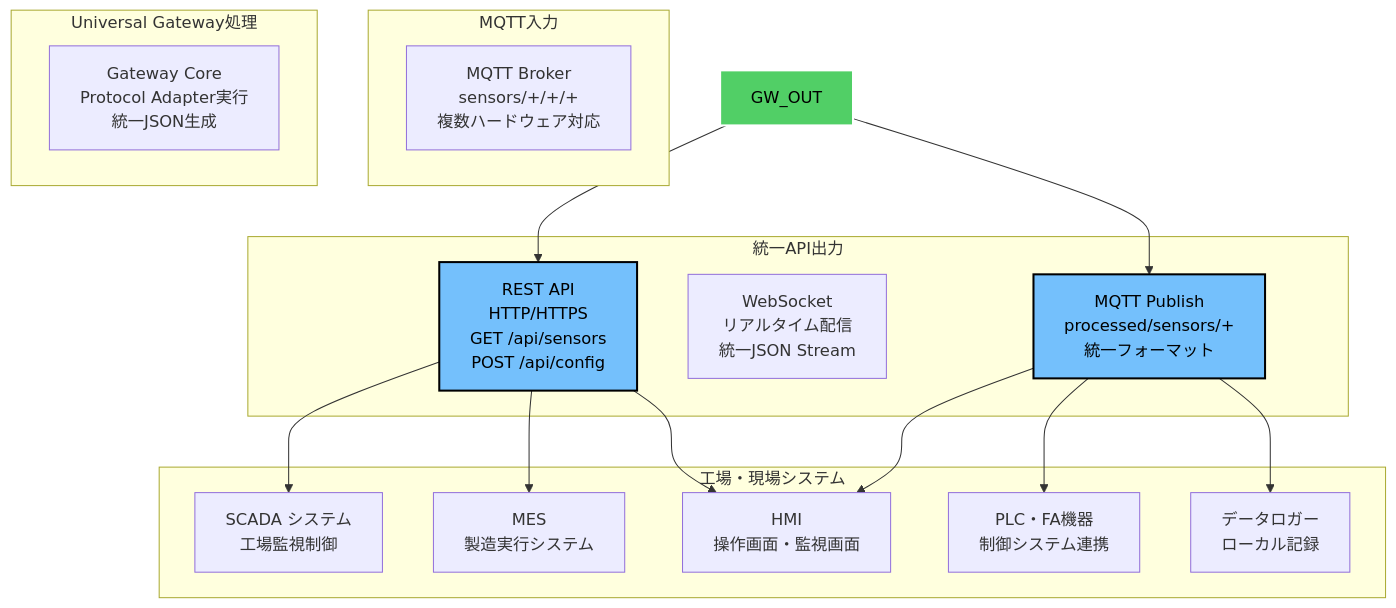
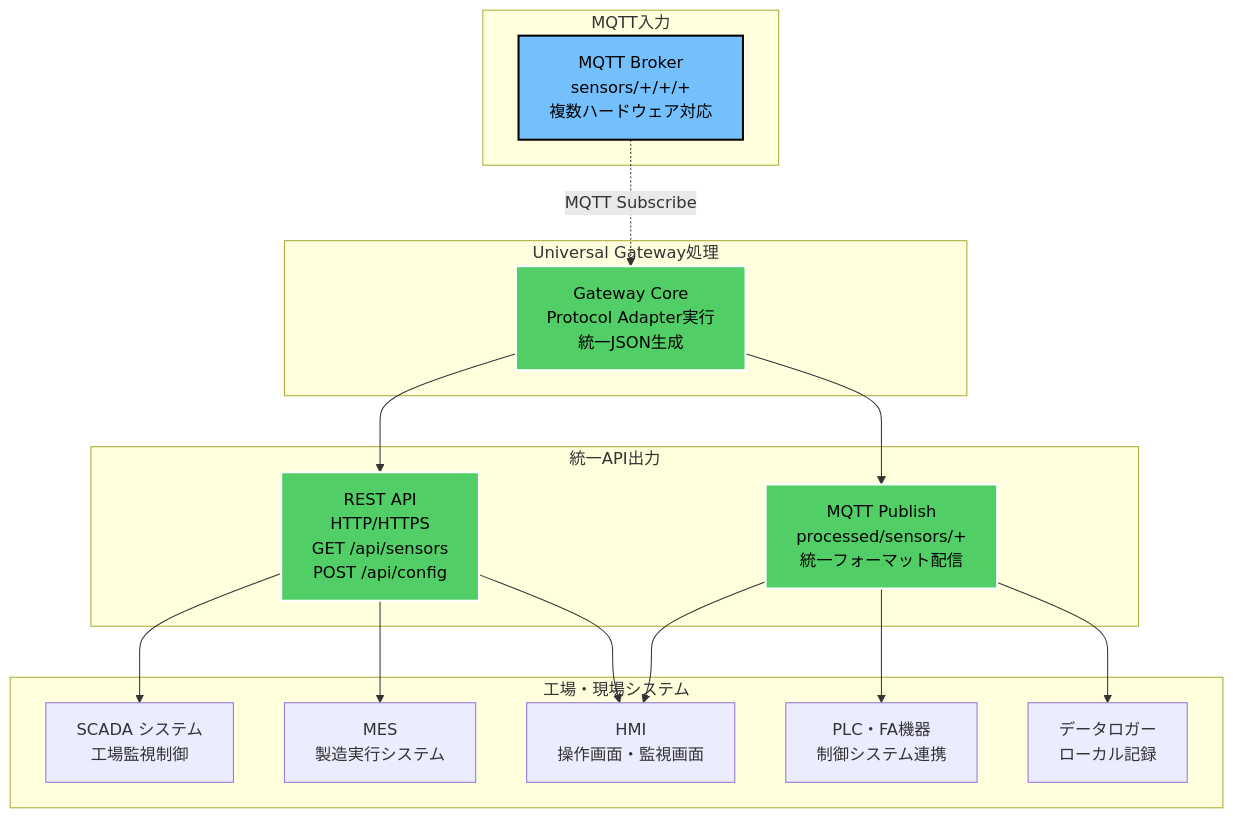
Before and after one commit to w-pinkietech/iot4-copy: the seventh of 15 diagrams in docs/new-system/architecture/system-overview-diagrams.md, drawn with Mermaid. The commit also changed other lines of this file, not shown here.

First line of the commit message:
docs: Fix Gateway output to include MQTT and remove WebSocket

````diff
--- a/docs/new-system/architecture/system-overview-diagrams.md
+++ b/docs/new-system/architecture/system-overview-diagrams.md
@@ -378,39 +391,40 @@
 ```mermaid
 graph TB
     subgraph "MQTT入力"
         MQTT_IN[MQTT Broker<br/>sensors/+/+/+<br/>複数ハードウェア対応]
     end
     
     subgraph "Universal Gateway処理"
         GATEWAY[Gateway Core<br/>Protocol Adapter実行<br/>統一JSON生成]
     end
     
     subgraph "統一API出力"
         REST[REST API<br/>HTTP/HTTPS<br/>GET /api/sensors<br/>POST /api/config]
-        WS[WebSocket<br/>リアルタイム配信<br/>統一JSON Stream]
-        MQTT_OUT[MQTT Publish<br/>processed/sensors/+<br/>統一フォーマット]
+        MQTT_OUT[MQTT Publish<br/>processed/sensors/+<br/>統一フォーマット配信]
     end
     
     subgraph "工場・現場システム"
         SCADA[SCADA システム<br/>工場監視制御]
         MES[MES<br/>製造実行システム]
         HMI[HMI<br/>操作画面・監視画面]
         PLC[PLC・FA機器<br/>制御システム連携]
         LOGGER[データロガー<br/>ローカル記録]
     end
     
-    GW_OUT --> REST
-    GW_OUT --> MQTT_OUT
+    MQTT_IN -.->|MQTT Subscribe| GATEWAY
+    GATEWAY --> REST
+    GATEWAY --> MQTT_OUT
     
     REST --> SCADA
     REST --> MES
     REST --> HMI
     
     MQTT_OUT --> PLC
     MQTT_OUT --> LOGGER
     MQTT_OUT --> HMI
     
-    style GW_OUT fill:#51cf66,stroke:#fff,stroke-width:2px,color:#000
-    style REST fill:#74c0fc,stroke:#000,stroke-width:2px,color:#000
-    style MQTT_OUT fill:#74c0fc,stroke:#000,stroke-width:2px,color:#000
+    style MQTT_IN fill:#74c0fc,stroke:#000,stroke-width:2px,color:#000
+    style GATEWAY fill:#51cf66,stroke:#fff,stroke-width:2px,color:#000
+    style REST fill:#51cf66,stroke:#fff,stroke-width:2px,color:#000
+    style MQTT_OUT fill:#51cf66,stroke:#fff,stroke-width:2px,color:#000
 ```
````
